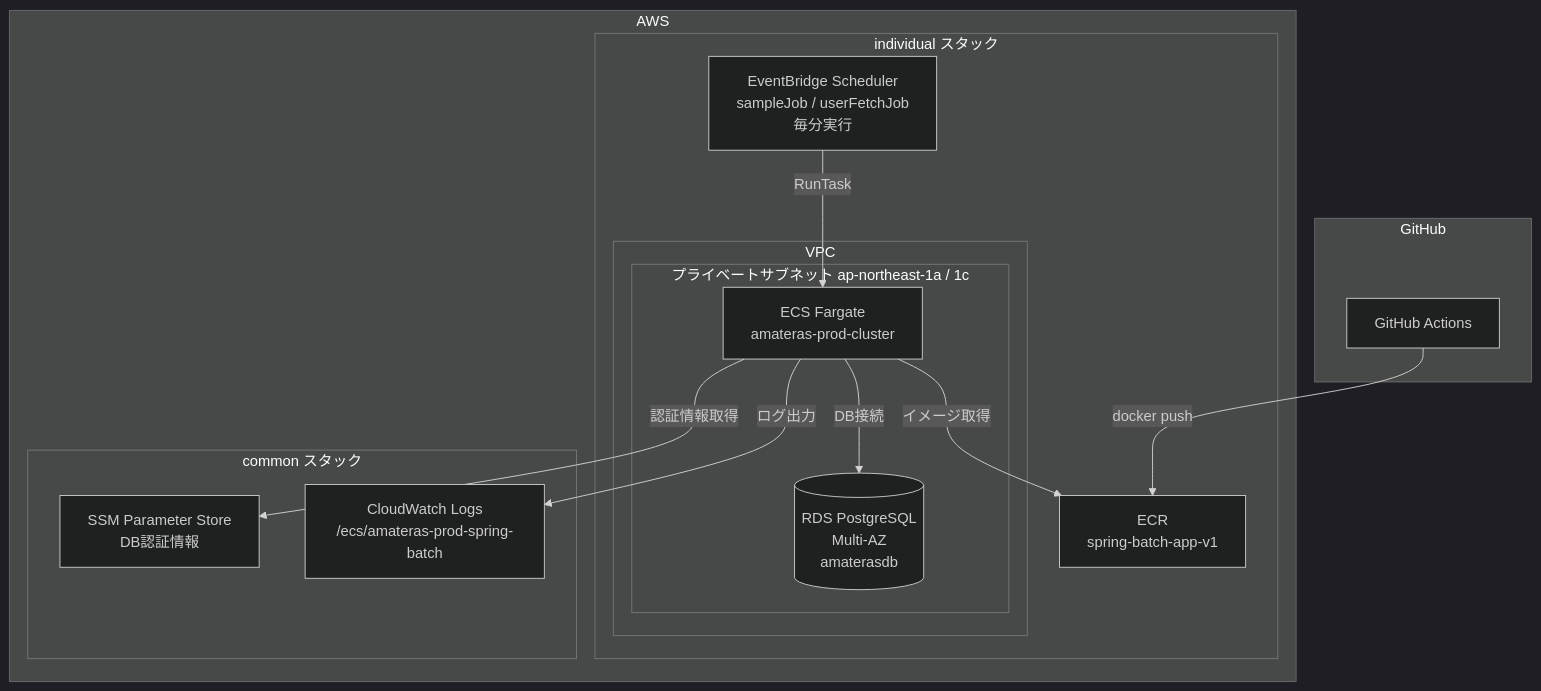
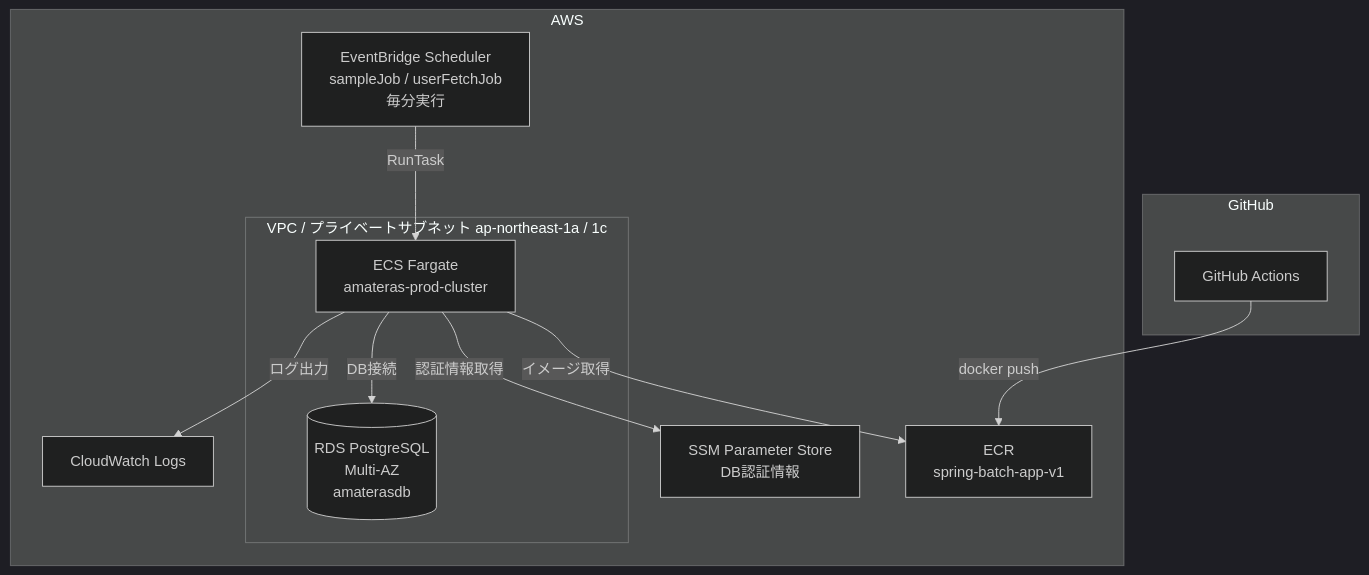
The diagram in README.md (sukunahikona/amateras), drawn with Mermaid (dark theme) before and after one commit.

Commit message:
MD微修正

````diff
--- a/README.md
+++ b/README.md
@@ -34,32 +34,25 @@
 ```mermaid
 graph TB
     subgraph GitHub
         GHA[GitHub Actions]
     end
 
     subgraph AWS
-        subgraph individual スタック
-            ECR[ECR\nspring-batch-app-v1]
-            EBS[EventBridge Scheduler\nsampleJob / userFetchJob\n毎分実行]
+        ECR[ECR\nspring-batch-app-v1]
+        EBS[EventBridge Scheduler\nsampleJob / userFetchJob\n毎分実行]
+        SSM[SSM Parameter Store\nDB認証情報]
+        CWL[CloudWatch Logs]
 
-            subgraph VPC
-                subgraph プライベートサブネット ap-northeast-1a / 1c
-                    ECS[ECS Fargate\namateras-prod-cluster]
-                    RDS[(RDS PostgreSQL\nMulti-AZ\namaterasdb)]
-                end
-            end
-        end
-
-        subgraph common スタック
-            SSM[SSM Parameter Store\nDB認証情報]
-            CWL[CloudWatch Logs\n/ecs/amateras-prod-spring-batch]
+        subgraph VPC / プライベートサブネット ap-northeast-1a / 1c
+            ECS[ECS Fargate\namateras-prod-cluster]
+            RDS[(RDS PostgreSQL\nMulti-AZ\namaterasdb)]
         end
     end
 
     GHA -->|docker push| ECR
     EBS -->|RunTask| ECS
     ECS -->|イメージ取得| ECR
     ECS -->|認証情報取得| SSM
     ECS -->|DB接続| RDS
     ECS -->|ログ出力| CWL
 ```
````
